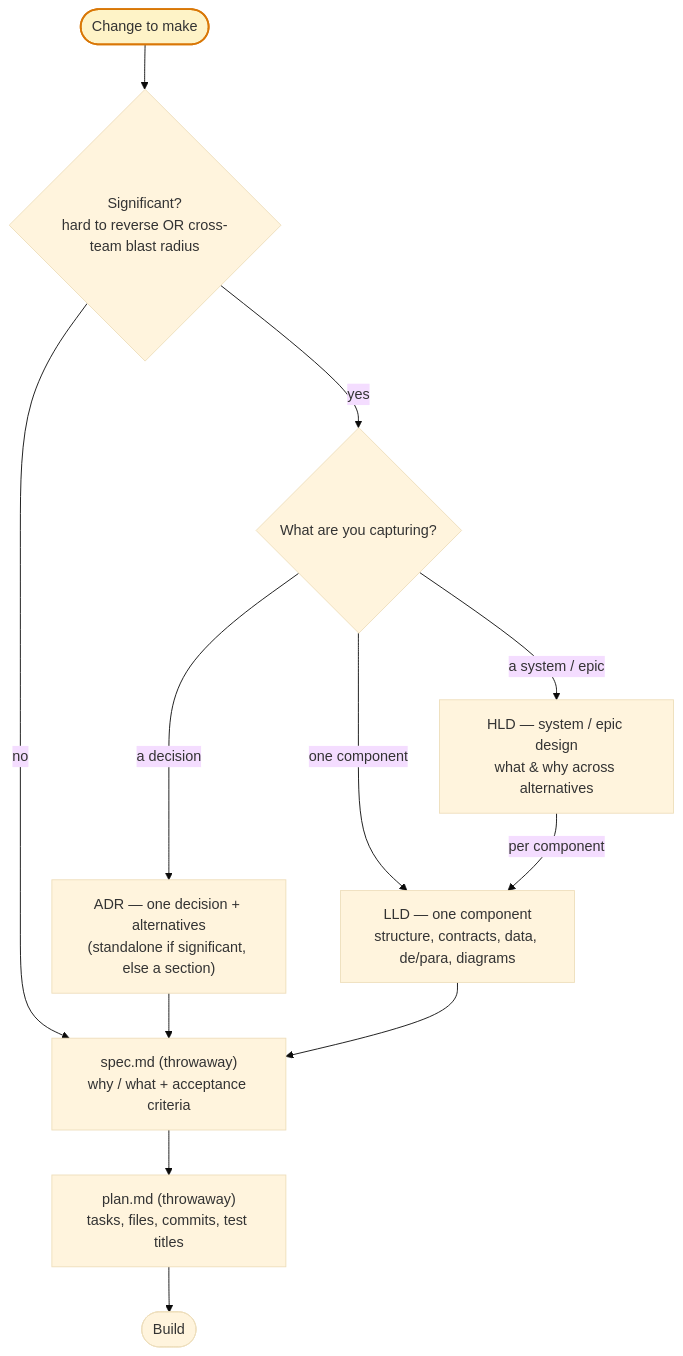
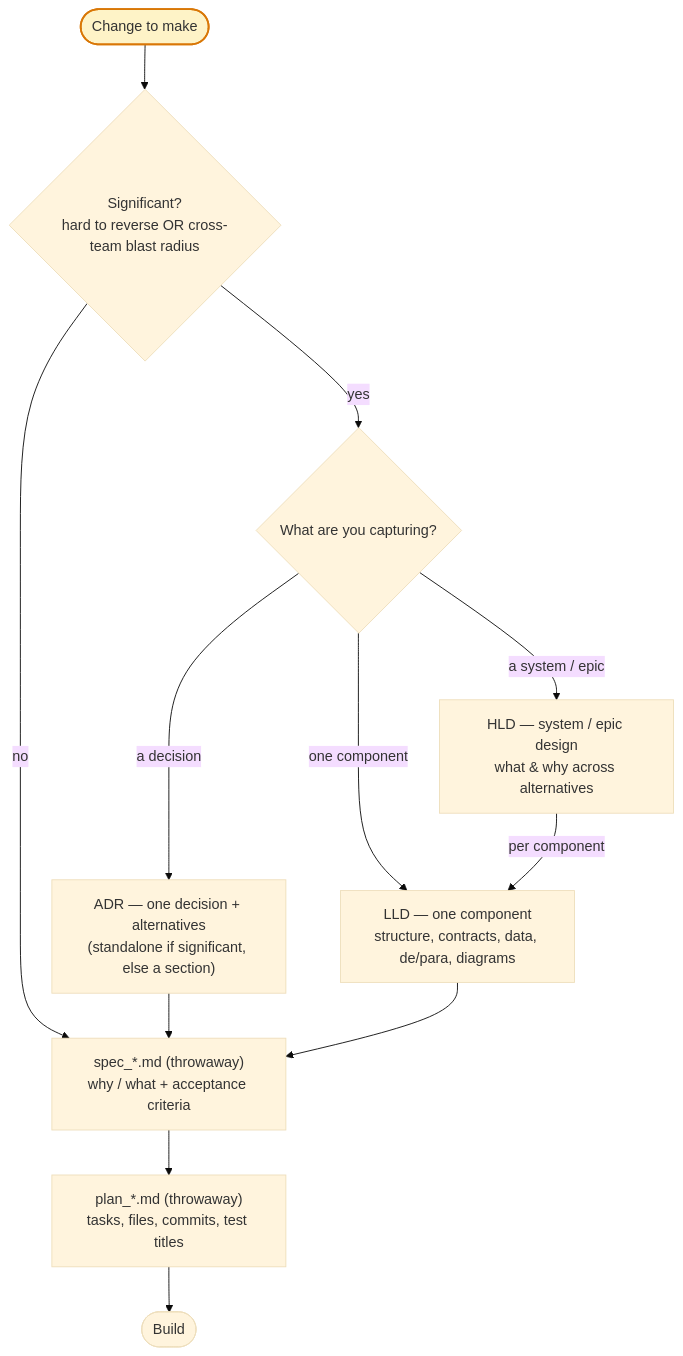
One commit to brunogsa/unix-utils changed the diagram in configs/ai-docs/claude/skills/design-docs/SKILL.md. Above: the diagram before and after it, drawn with Mermaid (base theme). The commit also changed other lines of this file and 21 other files, not shown here.

First line of the commit message:
feat(skills): slug-named spec_/plan_ docs + discovery trees

````diff
--- a/configs/ai-docs/claude/skills/design-docs/SKILL.md
+++ b/configs/ai-docs/claude/skills/design-docs/SKILL.md
@@ -94,28 +94,28 @@
 ```mermaid
 flowchart TD
   start(["Change to make"]):::start
   q1{"Significant?<br/>hard to reverse OR cross-team blast radius"}
   q2{"What are you capturing?"}
 
   adr["ADR — one decision + alternatives<br/>(standalone if significant, else a section)"]
   hld["HLD — system / epic design<br/>what & why across alternatives"]
   lld["LLD — one component<br/>structure, contracts, data, de/para, diagrams"]
 
-  spec["spec.md (throwaway)<br/>why / what + acceptance criteria"]
-  plan["plan.md (throwaway)<br/>tasks, files, commits, test titles"]
+  spec["spec_*.md (throwaway)<br/>why / what + acceptance criteria"]
+  plan["plan_*.md (throwaway)<br/>tasks, files, commits, test titles"]
   build(["Build"])
 
   start --> q1
   q1 -->|"no"| spec
   q1 -->|"yes"| q2
   q2 -->|"a decision"| adr
   q2 -->|"a system / epic"| hld
   q2 -->|"one component"| lld
   hld -->|"per component"| lld
   adr --> spec
   lld --> spec
   spec --> plan
   plan --> build
 
   classDef start fill:#fef3c7,stroke:#d97706,stroke-width:2px
 ```
````
